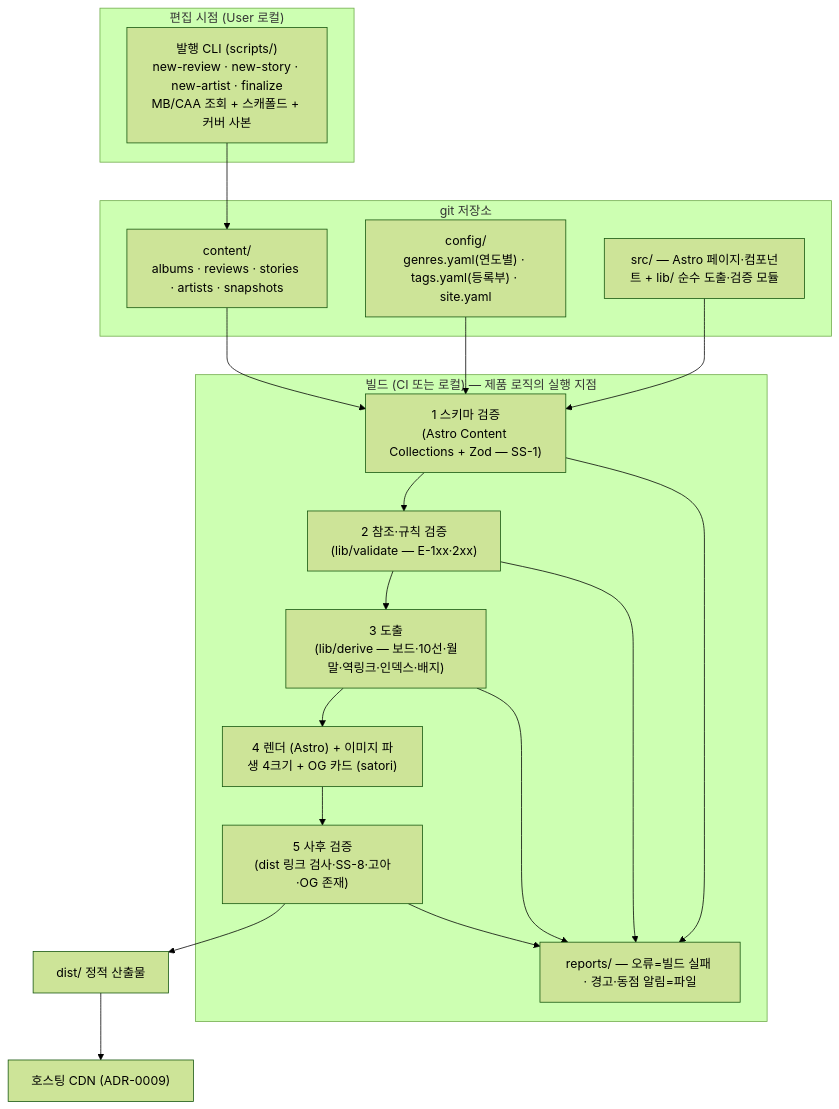
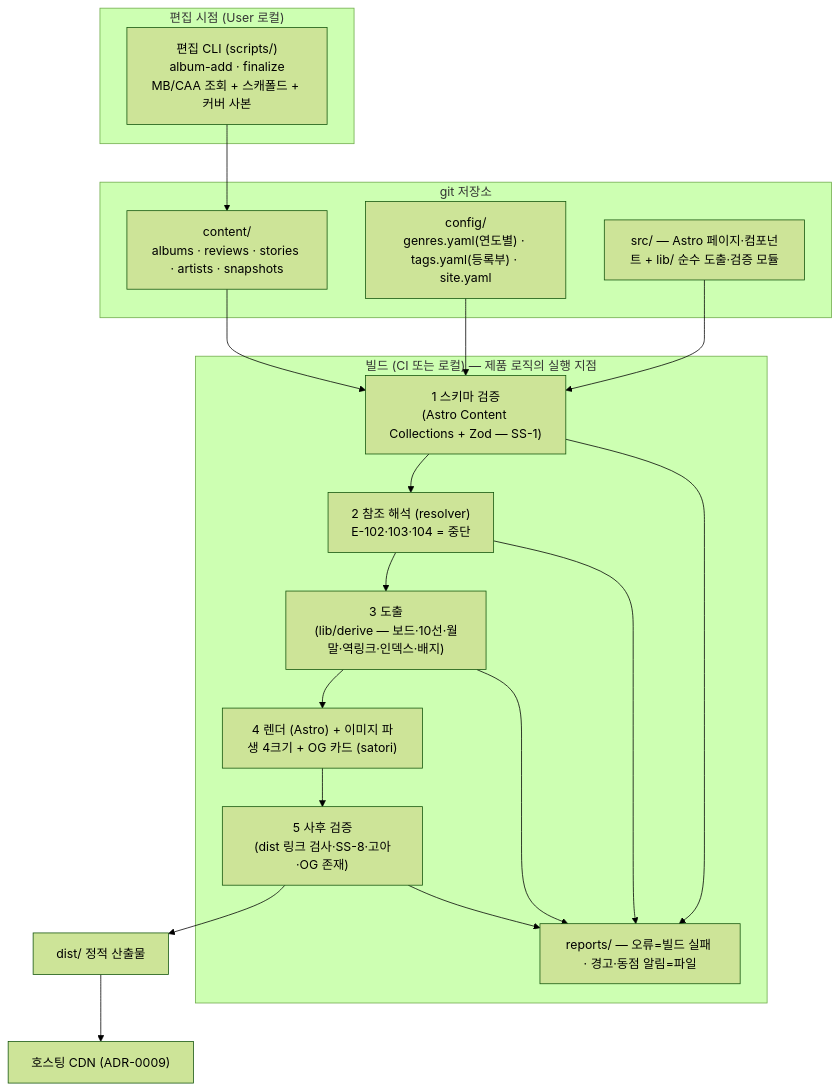
One commit to fgda114/undernote changed the second of 2 diagrams in .agent-team/04-architecture/architecture-overview.md. Above: the diagram before and after it, drawn with Mermaid (forest theme). The commit also changed other lines of this file and 20 other files, not shown here.

````diff
--- a/.agent-team/04-architecture/architecture-overview.md
+++ b/.agent-team/04-architecture/architecture-overview.md
@@ -52,24 +52,24 @@
 ```mermaid
 flowchart TB
     subgraph EDIT["편집 시점 (User 로컬)"]
-        CLI["발행 CLI (scripts/)<br/>new-review · new-story · new-artist · finalize<br/>MB/CAA 조회 + 스캐폴드 + 커버 사본"]
+        CLI["편집 CLI (scripts/)<br/>album-add · finalize<br/>MB/CAA 조회 + 스캐폴드 + 커버 사본"]
     end
     subgraph REPO["git 저장소"]
         CONTENT["content/<br/>albums · reviews · stories · artists · snapshots"]
         CONFIG["config/<br/>genres.yaml(연도별) · tags.yaml(등록부) · site.yaml"]
         SRC["src/ — Astro 페이지·컴포넌트 + lib/ 순수 도출·검증 모듈"]
     end
     subgraph BUILD["빌드 (CI 또는 로컬) — 제품 로직의 실행 지점"]
         V1["1 스키마 검증<br/>(Astro Content Collections + Zod — SS-1)"]
-        V2["2 참조·규칙 검증<br/>(lib/validate — E-1xx·2xx)"]
+        V2["2 참조 해석 (resolver)<br/>E-102·103·104 = 중단"]
         DERIVE["3 도출<br/>(lib/derive — 보드·10선·월말·역링크·인덱스·배지)"]
         RENDER["4 렌더 (Astro) + 이미지 파생 4크기 + OG 카드 (satori)"]
         V3["5 사후 검증<br/>(dist 링크 검사·SS-8·고아·OG 존재)"]
         REPORT["reports/ — 오류=빌드 실패 · 경고·동점 알림=파일"]
     end
     DIST["dist/ 정적 산출물"] --> CDN["호스팅 CDN (ADR-0009)"]
 
     CLI --> CONTENT
     CONTENT & CONFIG & SRC --> V1 --> V2 --> DERIVE --> RENDER --> V3 --> DIST
     V1 & V2 & V3 & DERIVE --> REPORT
 ```
````
